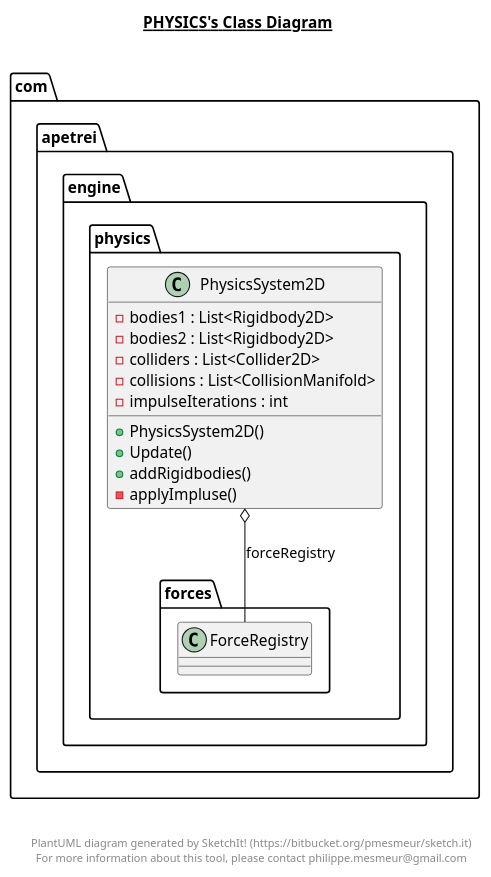
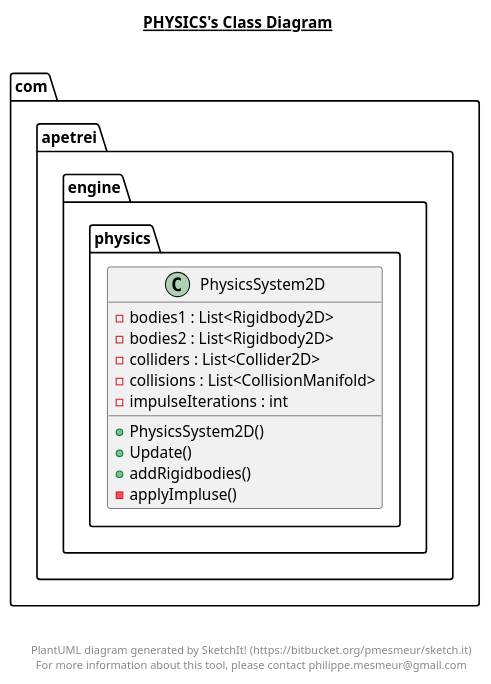
One commit to TheWiseWolfy/Wild-Sky changed the diagram in src/com/apetrei/engine/physics/physics.plantuml. Above: the diagram before and after it, drawn with PlantUML. The commit also changed 58 other files, not shown here.

```diff
--- a/src/com/apetrei/engine/physics/physics.plantuml
+++ b/src/com/apetrei/engine/physics/physics.plantuml
@@ -1,32 +1,31 @@
 @startuml
 
 title __PHYSICS's Class Diagram__\n
 
   namespace com.apetrei.engine {
     namespace physics {
       class com.apetrei.engine.physics.PhysicsSystem2D {
           - bodies1 : List<Rigidbody2D>
           - bodies2 : List<Rigidbody2D>
           - colliders : List<Collider2D>
           - collisions : List<CollisionManifold>
           - impulseIterations : int
           + PhysicsSystem2D()
           + Update()
           + addRigidbodies()
           - applyImpluse()
       }
     }
   }
   
 
-  com.apetrei.engine.physics.PhysicsSystem2D o-- com.apetrei.engine.physics.forces.ForceRegistry : forceRegistry
 
 
 right footer
 
 
 PlantUML diagram generated by SketchIt! (https://bitbucket.org/pmesmeur/sketch.it)
 For more information about this tool, please contact philippe.mesmeur@gmail.com
 endfooter
 
 @enduml
```
